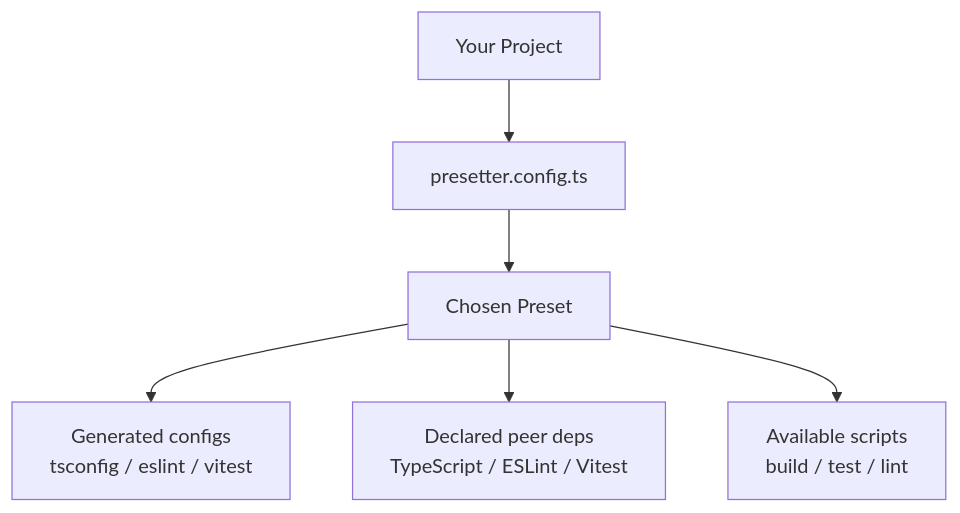
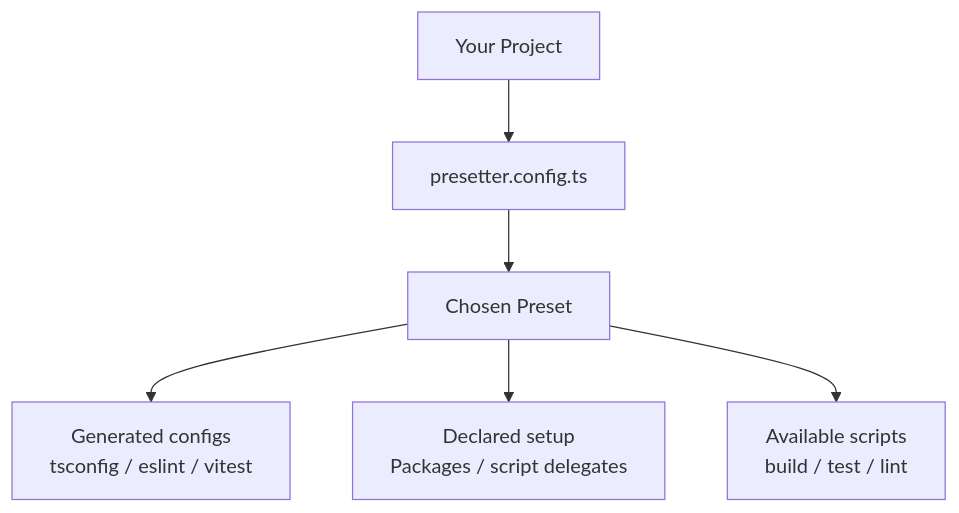
Before and after one commit to alvis/presetter: the diagram in website/docs/introduction/concepts.md, drawn with Mermaid. The commit also changed other lines of this file and 65 other files, not shown here.

````diff
--- a/website/docs/introduction/concepts.md
+++ b/website/docs/introduction/concepts.md
@@ -14,8 +14,8 @@
 ```mermaid
 graph TD
     A[Your Project] --> B[presetter.config.ts]
     B --> C[Chosen Preset]
     C --> D["Generated configs<br/>tsconfig / eslint / vitest"]
-    C --> E["Declared peer deps<br/>TypeScript / ESLint / Vitest"]
+    C --> E["Declared setup<br/>Packages / script delegates"]
     C --> F["Available scripts<br/>build / test / lint"]
 ```
````
